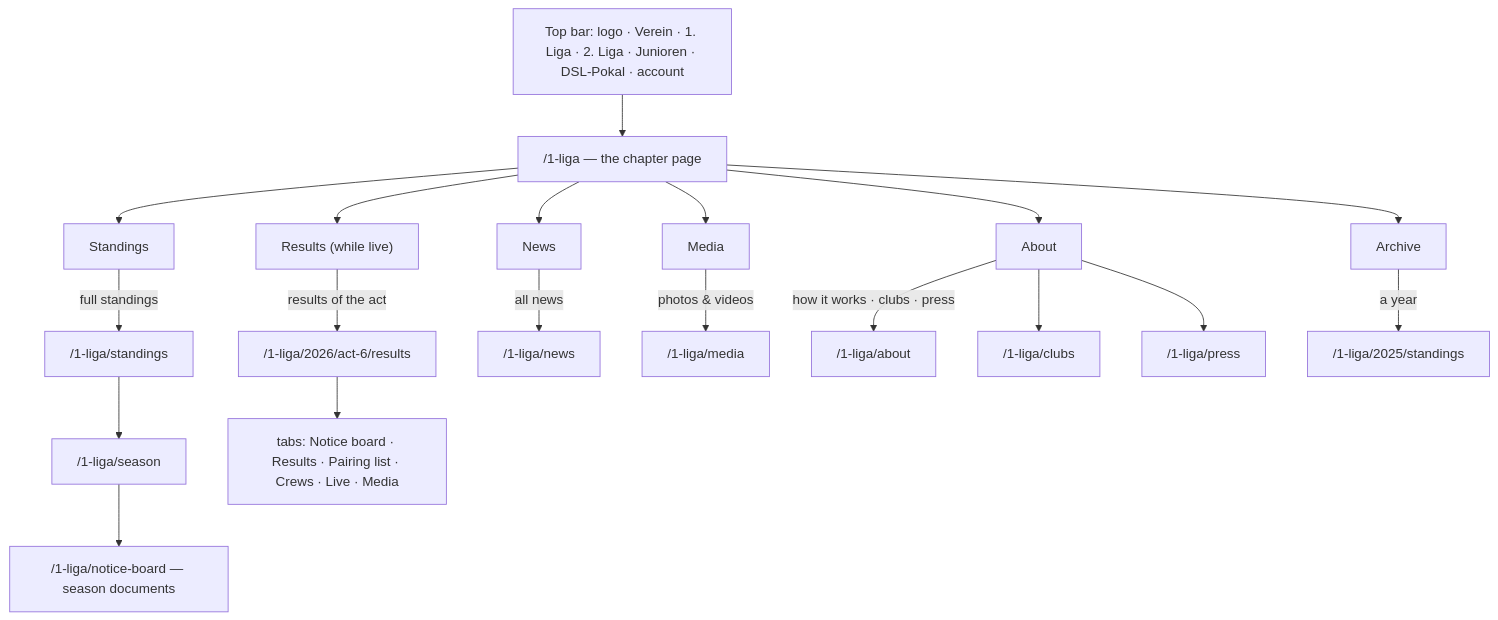
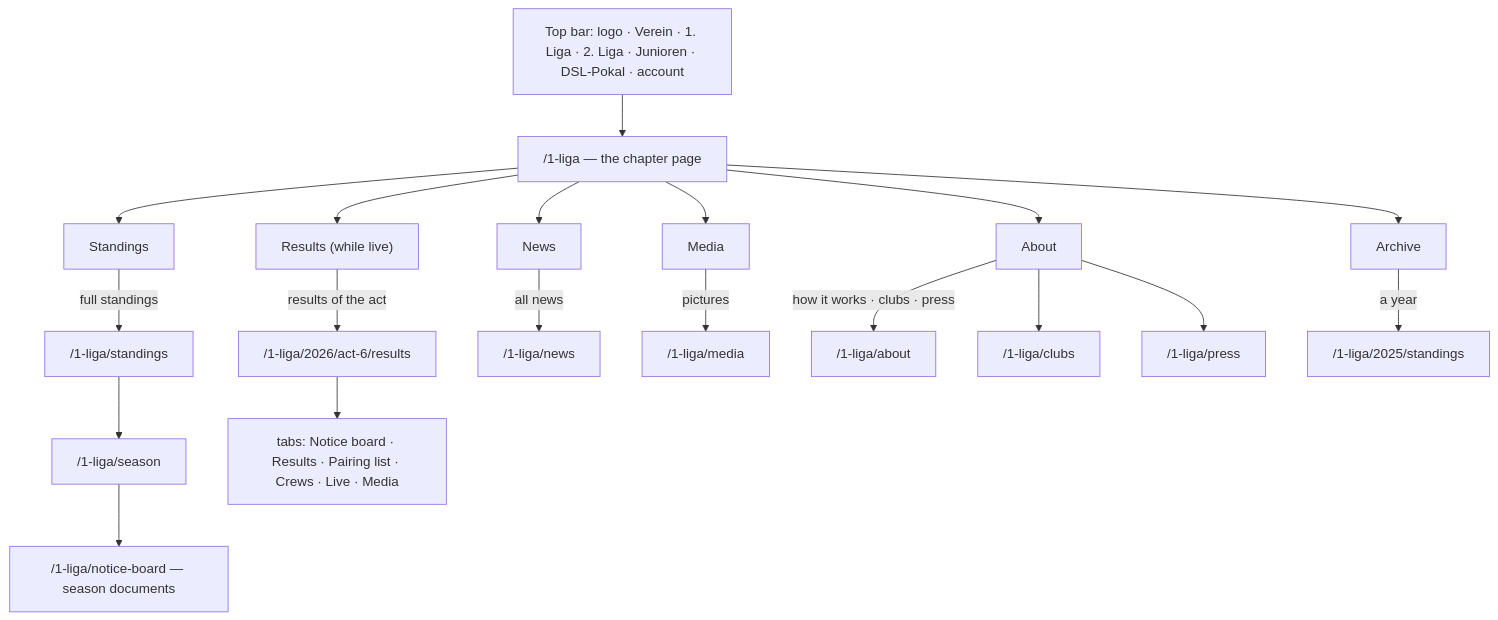
One commit to gundramleifert/segel-bundesliga changed the diagram in docs/site-structure.md. Above: the diagram before and after it, drawn with Mermaid. The commit also changed other lines of this file and 22 other files, not shown here.

````diff
--- a/docs/site-structure.md
+++ b/docs/site-structure.md
@@ -61,16 +61,16 @@
 ```mermaid
 flowchart TD
   top["Top bar: logo · Verein · 1. Liga · 2. Liga · Junioren · DSL-Pokal · account"]
   top --> lg["/1-liga — the chapter page"]
   lg --> ch1["Standings"] & ch2["Results (while live)"] & ch3["News"] & ch4["Media"] & ch5["About"] & ch6["Archive"]
   ch1 -->|"full standings"| p2["/1-liga/standings"]
   ch2 -->|"results of the act"| p1["/1-liga/2026/act-6/results"]
   ch3 -->|"all news"| p5["/1-liga/news"]
-  ch4 -->|"photos & videos"| p6["/1-liga/media"]
+  ch4 -->|"pictures"| p6["/1-liga/media"]
   ch5 -->|"how it works · clubs · press"| p8["/1-liga/about"]
   ch5 --> p4["/1-liga/clubs"] & p7["/1-liga/press"]
   ch6 -->|"a year"| p9["/1-liga/2025/standings"]
   p2 --> p3["/1-liga/season"]
   p3 --> nb["/1-liga/notice-board — season documents"]
   p1 --> tabs["tabs: Notice board · Results · Pairing list · Crews · Live · Media"]
 ```
````
